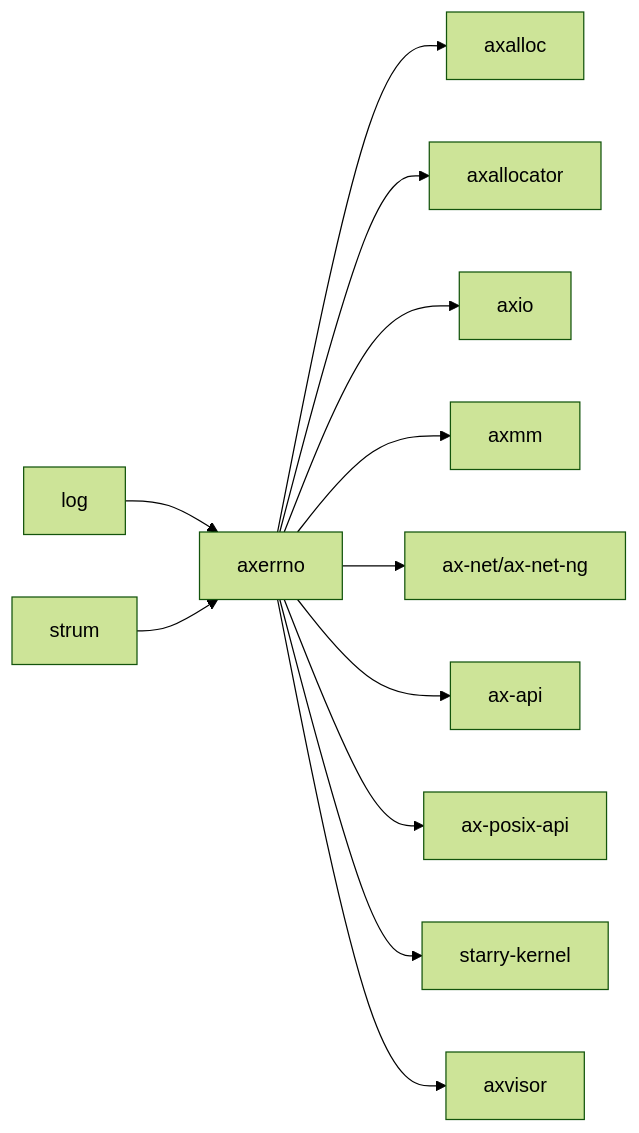
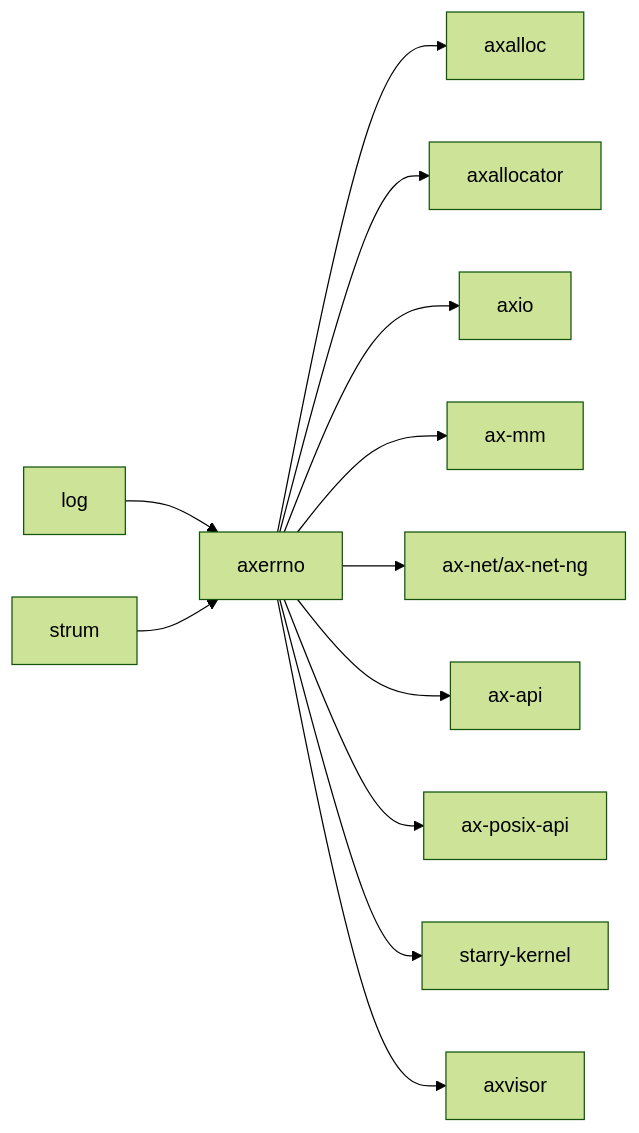
Before and after one commit to zKurisu/tgoskits: the second of 2 diagrams in docs/crates/axerrno.md, drawn with Mermaid (forest theme). The commit also changed other lines of this file and 34 other files, not shown here.

````diff
--- a/docs/crates/axerrno.md
+++ b/docs/crates/axerrno.md
@@ -80,15 +80,15 @@
 ```mermaid
 graph LR
     log["log"] --> axerrno["axerrno"]
     strum["strum"] --> axerrno
 
     axerrno --> axalloc["axalloc"]
     axerrno --> axallocator["axallocator"]
     axerrno --> axio["axio"]
-    axerrno --> axmm["axmm"]
+    axerrno --> ax-mm["ax-mm"]
     axerrno --> ax-net["ax-net/ax-net-ng"]
     axerrno --> ax-api["ax-api"]
     axerrno --> arceos_posix["ax-posix-api"]
     axerrno --> starry_kernel["starry-kernel"]
     axerrno --> axvisor["axvisor"]
 ```
````
